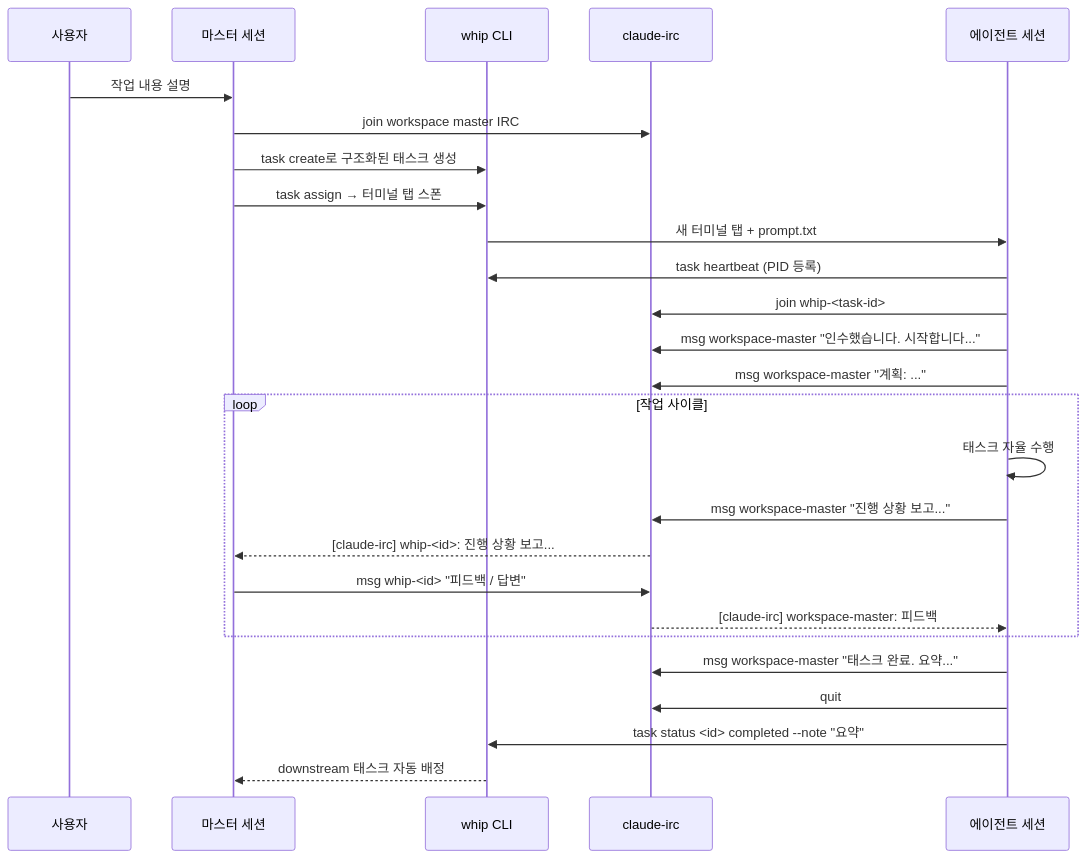
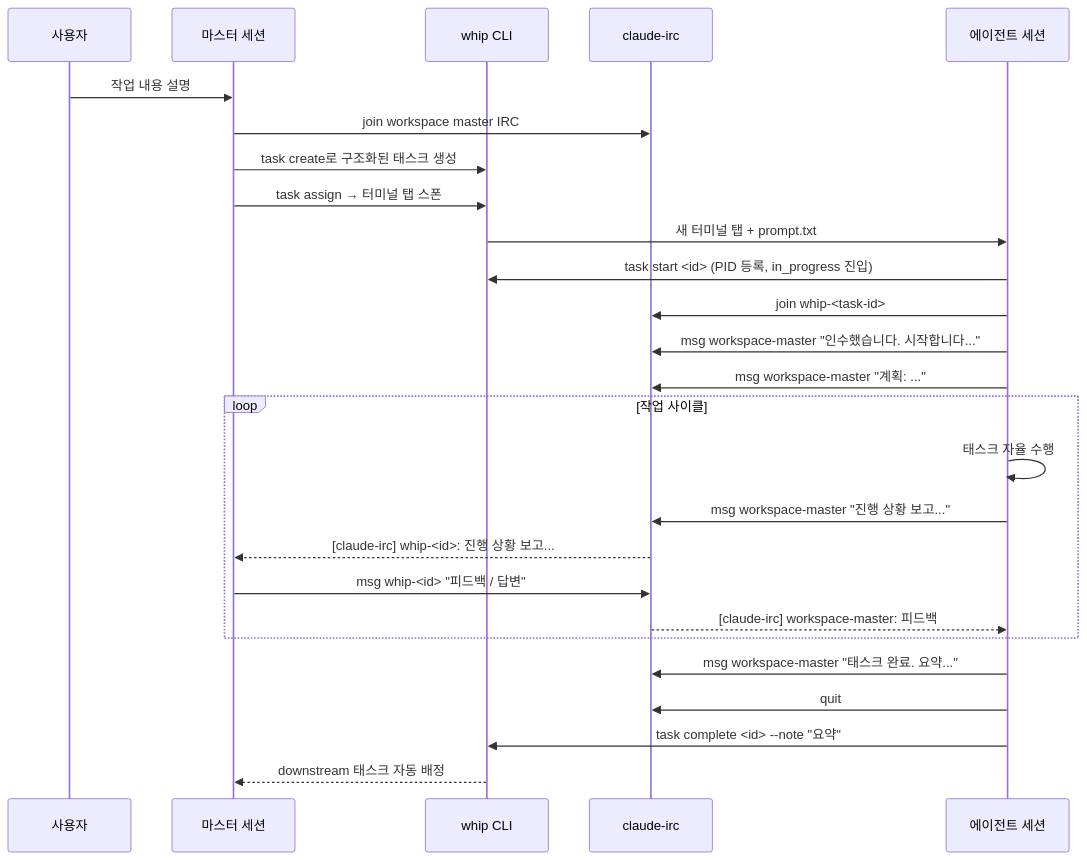
The first of 3 diagrams in whip/docs/workflow-ko.md (DongGukMon/ai-tools), drawn with Mermaid before and after one commit. The commit also changed other lines of this file and 42 other files, not shown here.

Commit message:
feat(whip): simplify task lifecycle commands

````diff
--- a/whip/docs/workflow-ko.md
+++ b/whip/docs/workflow-ko.md
@@ -14,32 +14,32 @@
 ```mermaid
 sequenceDiagram
     participant User as 사용자
     participant Master as 마스터 세션
     participant Whip as whip CLI
     participant IRC as claude-irc
     participant Agent as 에이전트 세션
 
     User->>Master: 작업 내용 설명
     Master->>IRC: join workspace master IRC
     Master->>Whip: task create로 구조화된 태스크 생성
     Master->>Whip: task assign → 터미널 탭 스폰
     Whip->>Agent: 새 터미널 탭 + prompt.txt
 
-    Agent->>Whip: task heartbeat (PID 등록)
+    Agent->>Whip: task start <id> (PID 등록, in_progress 진입)
     Agent->>IRC: join whip-<task-id>
     Agent->>IRC: msg workspace-master "인수했습니다. 시작합니다..."
     Agent->>IRC: msg workspace-master "계획: ..."
 
     loop 작업 사이클
         Agent->>Agent: 태스크 자율 수행
         Agent->>IRC: msg workspace-master "진행 상황 보고..."
         IRC-->>Master: [claude-irc] whip-<id>: 진행 상황 보고...
         Master->>IRC: msg whip-<id> "피드백 / 답변"
         IRC-->>Agent: [claude-irc] workspace-master: 피드백
     end
 
     Agent->>IRC: msg workspace-master "태스크 완료. 요약..."
     Agent->>IRC: quit
-    Agent->>Whip: task status <id> completed --note "요약"
+    Agent->>Whip: task complete <id> --note "요약"
     Whip-->>Master: downstream 태스크 자동 배정
 ```
````
